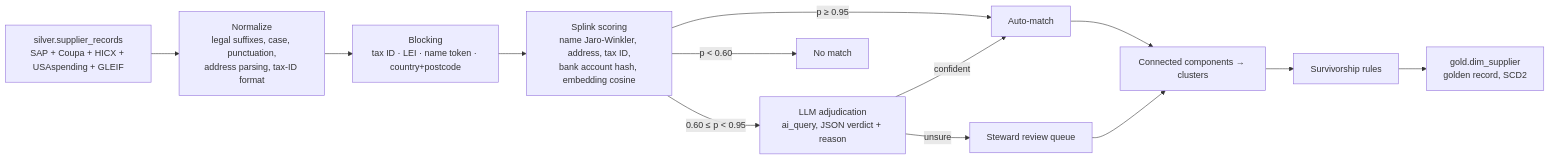
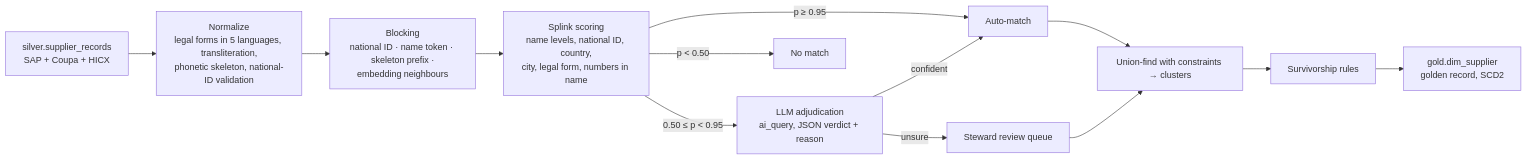
Before and after one commit to Aqueel13/databricks-wizard: the second of 3 diagrams in docs/architecture.md, drawn with Mermaid. The commit also changed other lines of this file and 5 other files, not shown here.

Commit message:
Docs: remove stale claims before going public (unbuilt sources, old ER plan, tech stack, repo layout)

````diff
--- a/docs/architecture.md
+++ b/docs/architecture.md
@@ -91,15 +91,15 @@
 ```mermaid
 flowchart LR
-  A[silver.supplier_records<br/>SAP + Coupa + HICX + USAspending + GLEIF] --> N[Normalize<br/>legal suffixes, case, punctuation,<br/>address parsing, tax-ID format]
-  N --> BL[Blocking<br/>tax ID · LEI · name token · country+postcode]
-  BL --> SC[Splink scoring<br/>name Jaro-Winkler, address, tax ID,<br/>bank account hash, embedding cosine]
+  A[silver.supplier_records<br/>SAP + Coupa + HICX] --> N[Normalize<br/>legal forms in 5 languages, transliteration,<br/>phonetic skeleton, national-ID validation]
+  N --> BL[Blocking<br/>national ID · name token · skeleton prefix ·<br/>embedding neighbours]
+  BL --> SC[Splink scoring<br/>name levels, national ID, country,<br/>city, legal form, numbers in name]
   SC -->|p ≥ 0.95| AUTO[Auto-match]
-  SC -->|0.60 ≤ p < 0.95| LLM[LLM adjudication<br/>ai_query, JSON verdict + reason]
-  SC -->|p < 0.60| NOM[No match]
+  SC -->|0.50 ≤ p < 0.95| LLM[LLM adjudication<br/>ai_query, JSON verdict + reason]
+  SC -->|p < 0.50| NOM[No match]
   LLM -->|confident| AUTO
   LLM -->|unsure| RQ[Steward review queue]
-  AUTO --> CL[Connected components → clusters]
+  AUTO --> CL[Union-find with constraints → clusters]
   RQ --> CL
   CL --> SV[Survivorship rules]
   SV --> GOLD[gold.dim_supplier<br/>golden record, SCD2]
 ```
````
